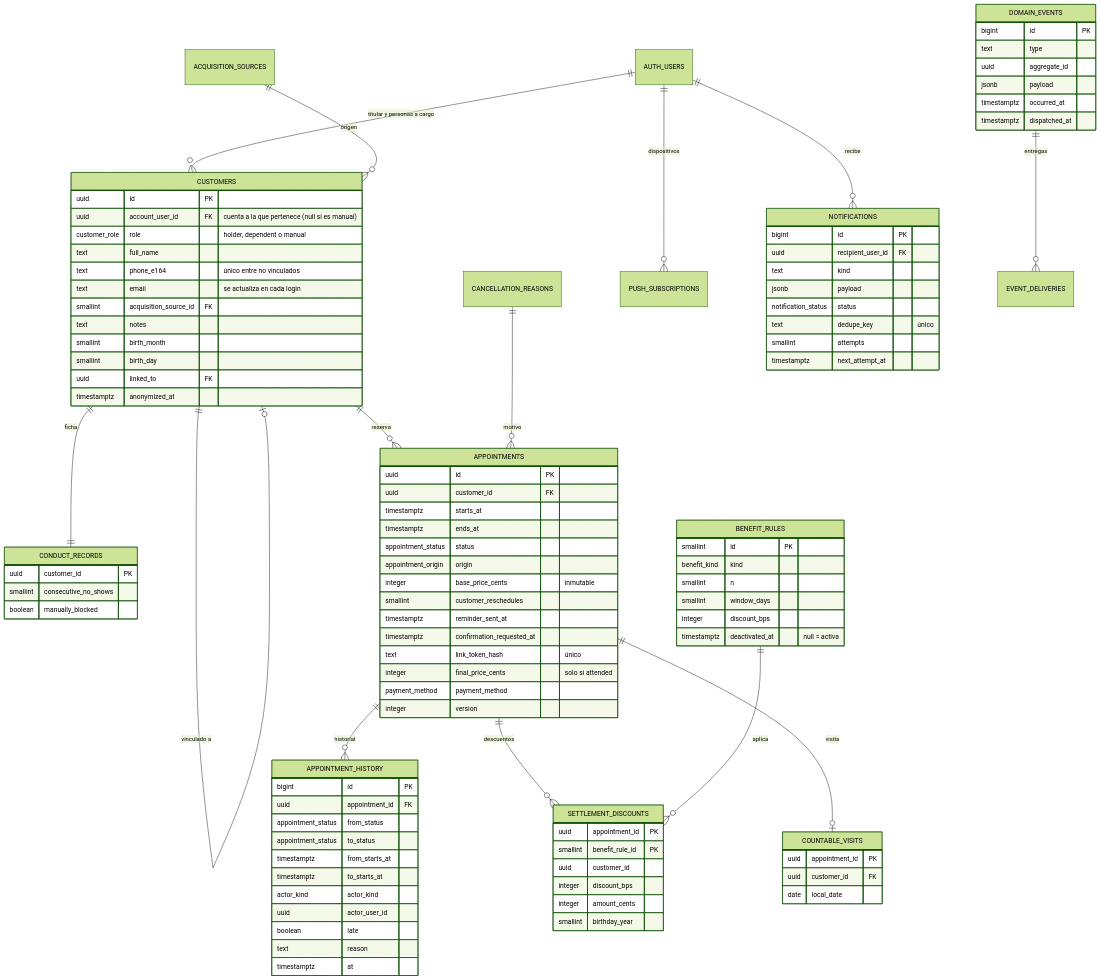
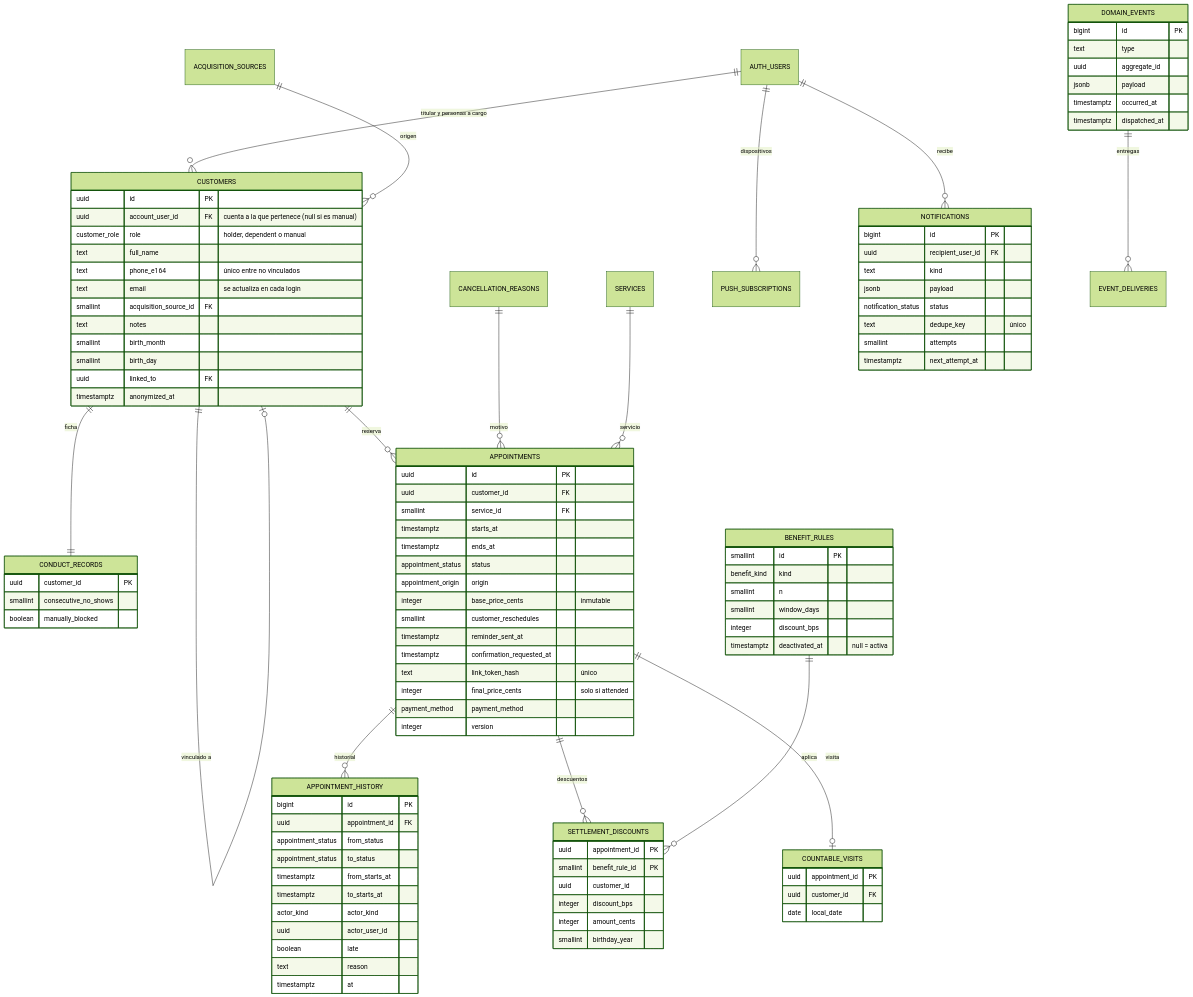
The diagram in docs/diseno/02-base-de-datos.md (gcasas205/barber-colo-app), drawn with Mermaid (forest theme) before and after one commit. The commit also changed other lines of this file and 15 other files, not shown here.

```diff
--- a/docs/diseno/02-base-de-datos.md
+++ b/docs/diseno/02-base-de-datos.md
@@ -38,6 +38,7 @@
     APPOINTMENTS ||--o{ SETTLEMENT_DISCOUNTS : "descuentos"
     APPOINTMENTS ||--o| COUNTABLE_VISITS : "visita"
     CANCELLATION_REASONS ||--o{ APPOINTMENTS : "motivo"
+    SERVICES ||--o{ APPOINTMENTS : "servicio"
     BENEFIT_RULES ||--o{ SETTLEMENT_DISCOUNTS : "aplica"
     AUTH_USERS ||--o{ PUSH_SUBSCRIPTIONS : "dispositivos"
     AUTH_USERS ||--o{ NOTIFICATIONS : "recibe"
@@ -60,6 +61,7 @@
     APPOINTMENTS {
         uuid id PK
         uuid customer_id FK
+        smallint service_id FK
         timestamptz starts_at
         timestamptz ends_at
         appointment_status status
```
